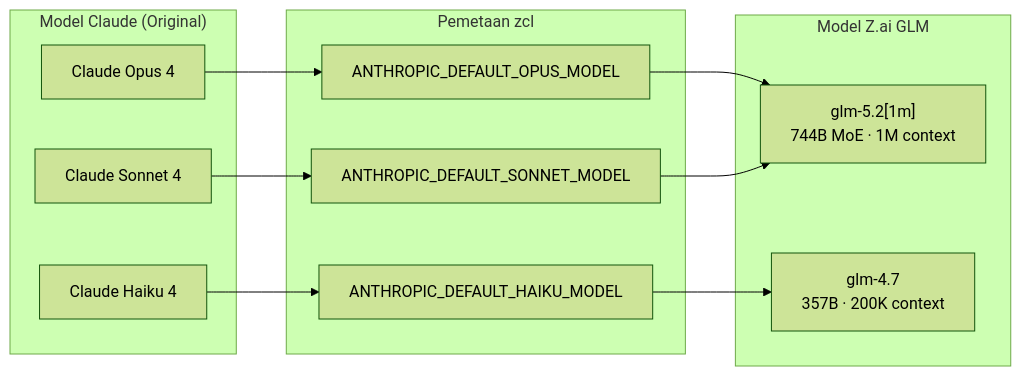
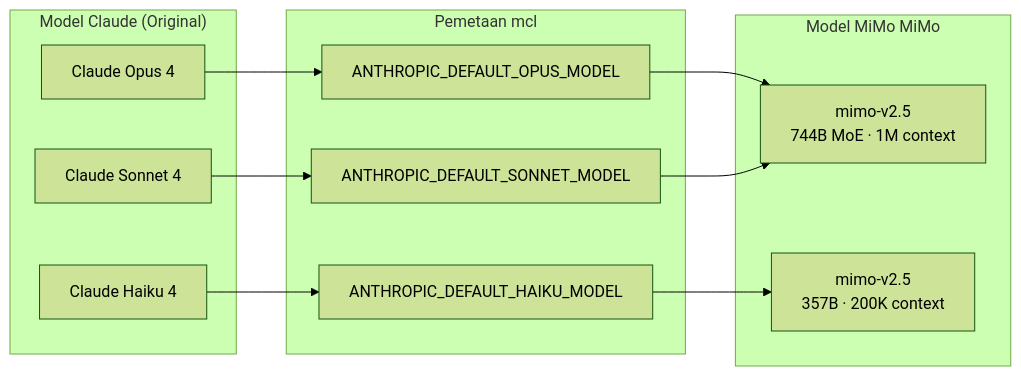
The fifth of 6 diagrams in README.md (Muhira007/mcl-claude), drawn with Mermaid (forest theme) before and after one commit. The commit also changed other lines of this file and 633 other files, not shown here.

Commit message:
Initial commit of mcl with zcl features and token plan logic

````diff
--- a/README.md
+++ b/README.md
@@ -275,23 +275,23 @@
 ```mermaid
 graph LR
     subgraph "Model Claude (Original)"
         A1[Claude Opus 4]
         A2[Claude Sonnet 4]
         A3[Claude Haiku 4]
     end
 
-    subgraph "Pemetaan zcl"
+    subgraph "Pemetaan mcl"
         B1[ANTHROPIC_DEFAULT_OPUS_MODEL]
         B2[ANTHROPIC_DEFAULT_SONNET_MODEL]
         B3[ANTHROPIC_DEFAULT_HAIKU_MODEL]
     end
 
-    subgraph "Model Z.ai GLM"
-        C1["glm-5.2[1m]<br/>744B MoE · 1M context"]
-        C2["glm-4.7<br/>357B · 200K context"]
+    subgraph "Model MiMo MiMo"
+        C1["mimo-v2.5<br/>744B MoE · 1M context"]
+        C2["mimo-v2.5<br/>357B · 200K context"]
     end
 
     A1 --> B1 --> C1
     A2 --> B2 --> C1
     A3 --> B3 --> C2
 ```
````
